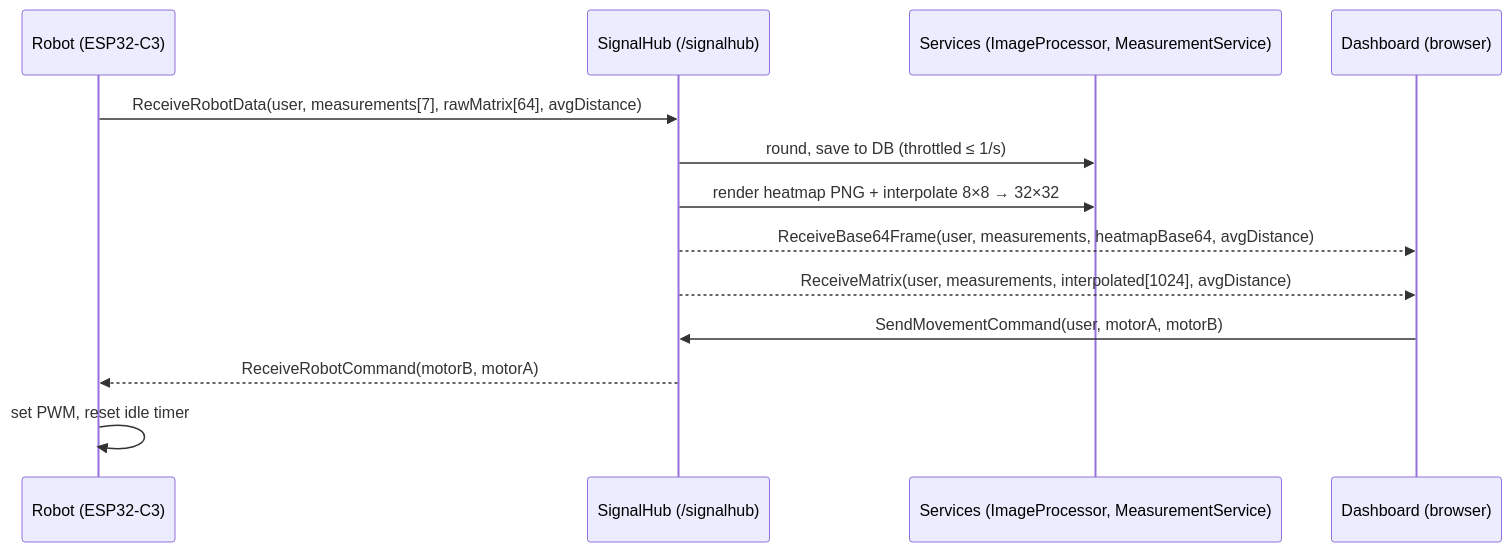
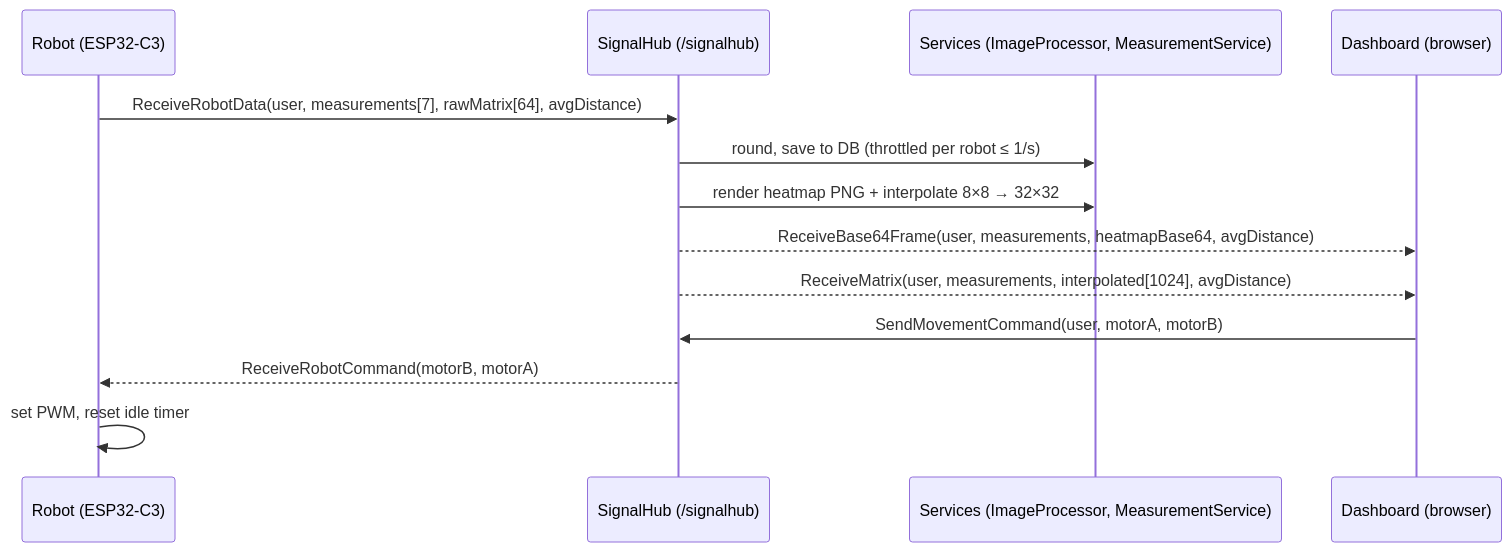
The diagram in docs/architecture.md (Kamilr616/SmartBotAPI), drawn with Mermaid before and after one commit. The commit also changed other lines of this file and 13 other files, not shown here.

````diff
--- a/docs/architecture.md
+++ b/docs/architecture.md
@@ -13,17 +13,17 @@
 ```mermaid
 sequenceDiagram
     participant R as Robot (ESP32-C3)
     participant H as SignalHub (/signalhub)
     participant S as Services (ImageProcessor, MeasurementService)
     participant D as Dashboard (browser)
 
     R->>H: ReceiveRobotData(user, measurements[7], rawMatrix[64], avgDistance)
-    H->>S: round, save to DB (throttled ≤ 1/s)
+    H->>S: round, save to DB (throttled per robot ≤ 1/s)
     H->>S: render heatmap PNG + interpolate 8×8 → 32×32
     H-->>D: ReceiveBase64Frame(user, measurements, heatmapBase64, avgDistance)
     H-->>D: ReceiveMatrix(user, measurements, interpolated[1024], avgDistance)
 
     D->>H: SendMovementCommand(user, motorA, motorB)
     H-->>R: ReceiveRobotCommand(motorB, motorA)
     R->>R: set PWM, reset idle timer
 ```
````
